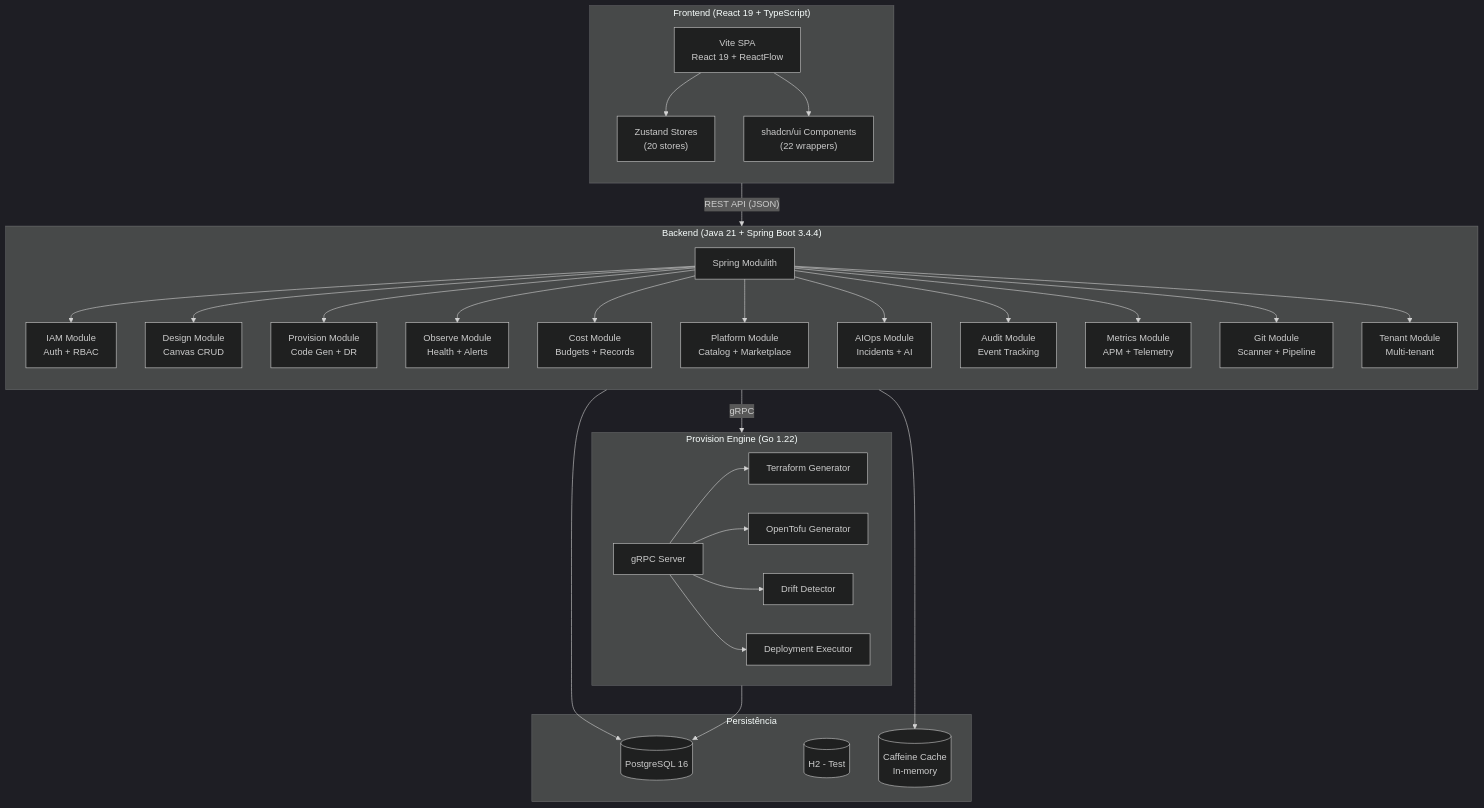
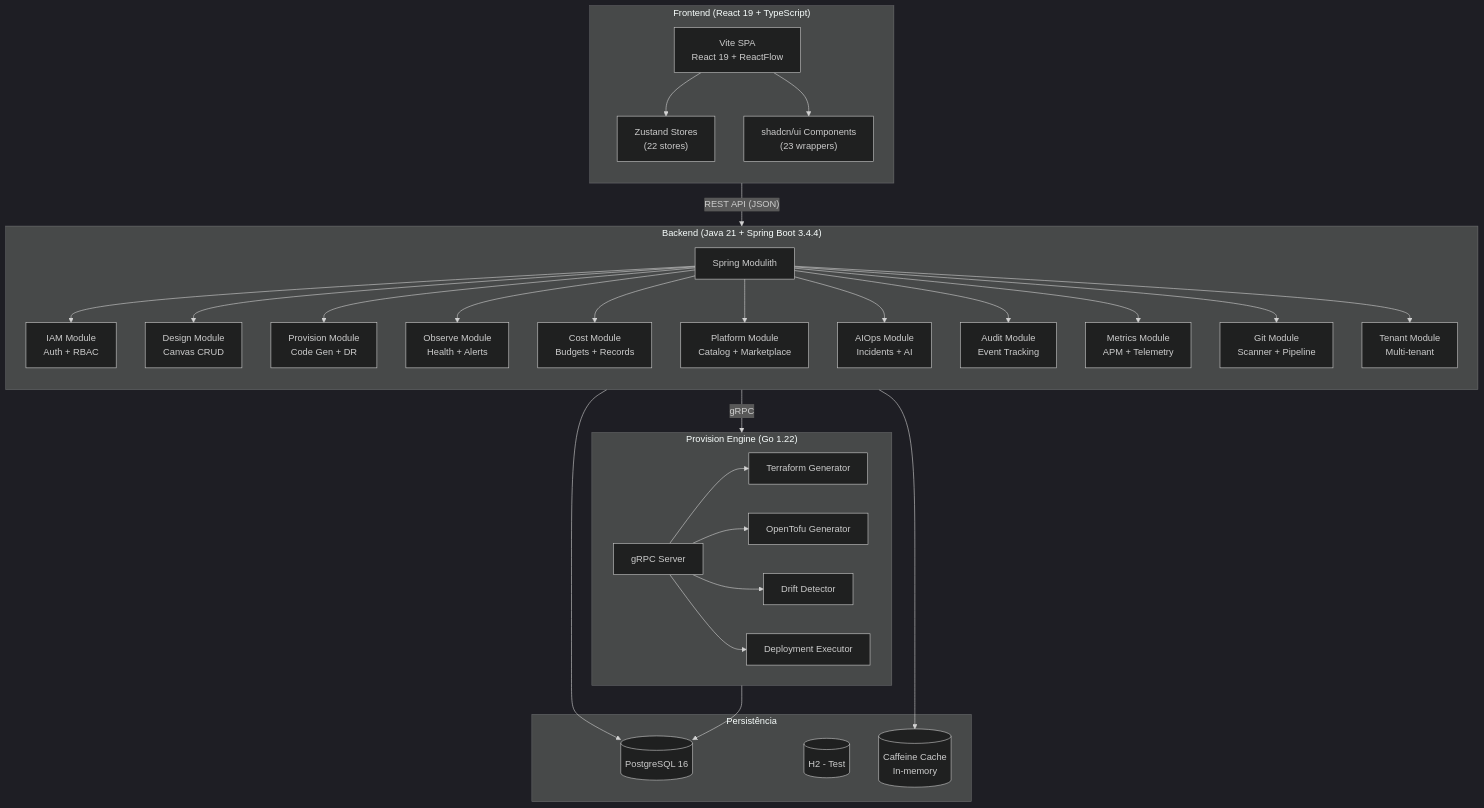
The first of 34 diagrams in docs/architecture/README.md (matalvesdev/cloudbuilder), drawn with Mermaid (dark theme) before and after one commit. The commit also changed other lines of this file and 159 other files, not shown here.

````diff
--- a/docs/architecture/README.md
+++ b/docs/architecture/README.md
@@ -14,49 +14,49 @@
 ```mermaid
 graph TB
     subgraph Frontend["Frontend (React 19 + TypeScript)"]
         direction TB
         SPA["Vite SPA<br/>React 19 + ReactFlow"]
-        Stores["Zustand Stores<br/>(20 stores)"]
-        SHCN["shadcn/ui Components<br/>(22 wrappers)"]
+        Stores["Zustand Stores<br/>(22 stores)"]
+        SHCN["shadcn/ui Components<br/>(23 wrappers)"]
         SPA --> Stores
         SPA --> SHCN
     end
 
     subgraph Backend["Backend (Java 21 + Spring Boot 3.4.4)"]
         direction TB
         MOD["Spring Modulith"]
         IAM["IAM Module<br/>Auth + RBAC"]
         DSG["Design Module<br/>Canvas CRUD"]
         PRV["Provision Module<br/>Code Gen + DR"]
         OBS["Observe Module<br/>Health + Alerts"]
         COST["Cost Module<br/>Budgets + Records"]
         PLAT["Platform Module<br/>Catalog + Marketplace"]
         AIO["AIOps Module<br/>Incidents + AI"]
         AUD["Audit Module<br/>Event Tracking"]
         MTR["Metrics Module<br/>APM + Telemetry"]
         GIT["Git Module<br/>Scanner + Pipeline"]
         TNT["Tenant Module<br/>Multi-tenant"]
         MOD --> IAM & DSG & PRV & OBS & COST & PLAT & AIO & AUD & MTR & GIT & TNT
     end
 
     subgraph Engine["Provision Engine (Go 1.22)"]
         GRPC["gRPC Server"]
         TF["Terraform Generator"]
         TOFU["OpenTofu Generator"]
         DRIFT["Drift Detector"]
         EXEC["Deployment Executor"]
         GRPC --> TF & TOFU & DRIFT & EXEC
     end
 
     subgraph Storage["Persistência"]
         PG[(PostgreSQL 16)]
         H2[(H2 - Test)]
         CAF[("Caffeine Cache<br/>In-memory")]
     end
 
     Frontend -->|"REST API (JSON)"| Backend
     Backend -->|"gRPC"| Engine
     Backend --> PG
     Backend --> CAF
     Engine --> PG
 ```
````
